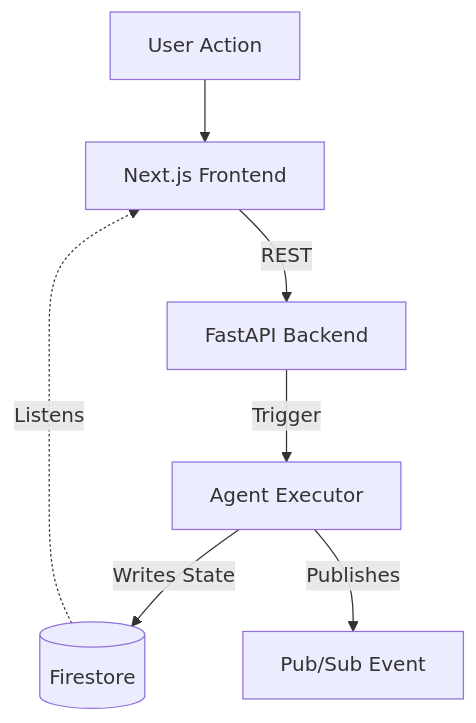
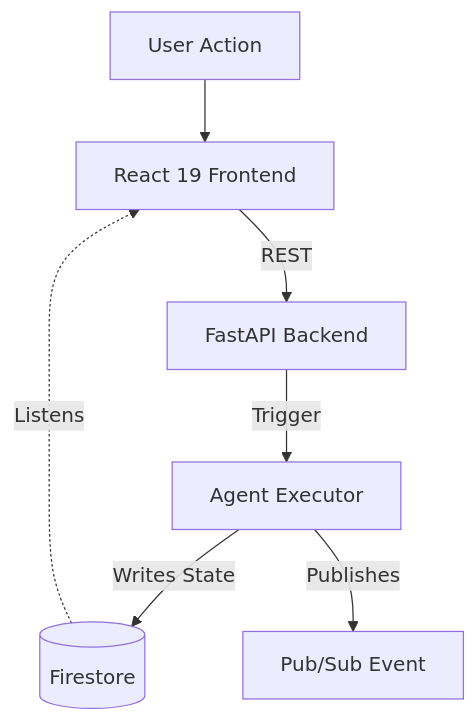
One commit to z-lovejeet/Crewmate changed the third of 3 diagrams in docs/07-state-management.md. Above: the diagram before and after it, drawn with Mermaid. The commit also changed 1 other file, not shown here.

Commit message:
docs: update state management diagrams and folder architecture for React 19 SPA

````diff
--- a/docs/07-state-management.md
+++ b/docs/07-state-management.md
@@ -50,9 +50,9 @@
 ```mermaid
 graph TD
-    User[User Action] --> NextJS[Next.js Frontend]
-    NextJS -- REST --> FastAPI[FastAPI Backend]
+    User[User Action] --> ReactSPA[React 19 Frontend]
+    ReactSPA -- REST --> FastAPI[FastAPI Backend]
     FastAPI -- Trigger --> Agent[Agent Executor]
     Agent -- Writes State --> DB[(Firestore)]
     Agent -- Publishes --> PubSub[Pub/Sub Event]
-    DB -. Listens .-> NextJS
+    DB -. Listens .-> ReactSPA
 ```
````
